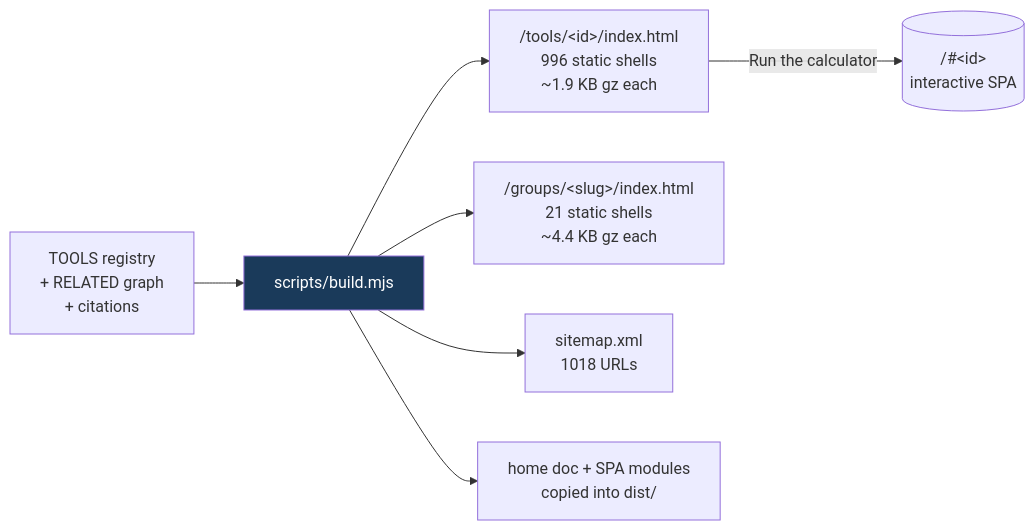
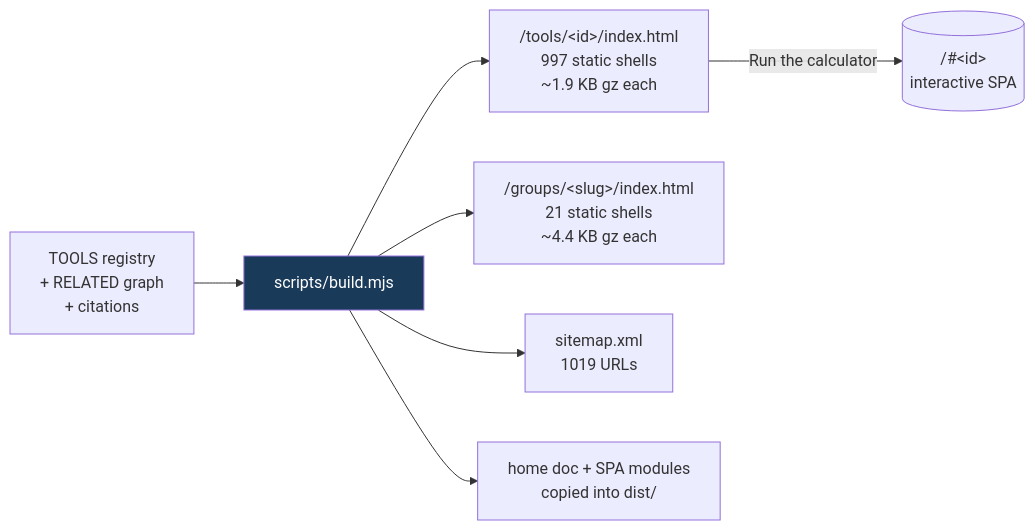
The fifth of 8 diagrams in README.md (clay-good/roughlogic.com), drawn with Mermaid before and after one commit. The commit also changed other lines of this file and 12 other files, not shown here.

````diff
--- a/README.md
+++ b/README.md
@@ -495,10 +495,10 @@
 ```mermaid
 flowchart LR
     SRC[TOOLS registry\n+ RELATED graph\n+ citations] --> BUILD[scripts/build.mjs]
-    BUILD --> TILE["/tools/&lt;id&gt;/index.html\n996 static shells\n~1.9 KB gz each"]
+    BUILD --> TILE["/tools/&lt;id&gt;/index.html\n997 static shells\n~1.9 KB gz each"]
     BUILD --> GROUP["/groups/&lt;slug&gt;/index.html\n21 static shells\n~4.4 KB gz each"]
-    BUILD --> MAP["sitemap.xml\n1018 URLs"]
+    BUILD --> MAP["sitemap.xml\n1019 URLs"]
     BUILD --> COPY[home doc + SPA modules\ncopied into dist/]
     TILE -->|Run the calculator| SPA[("/#&lt;id&gt;\ninteractive SPA")]
     style BUILD fill:#1a3a5a,color:#fff
 ```
````
